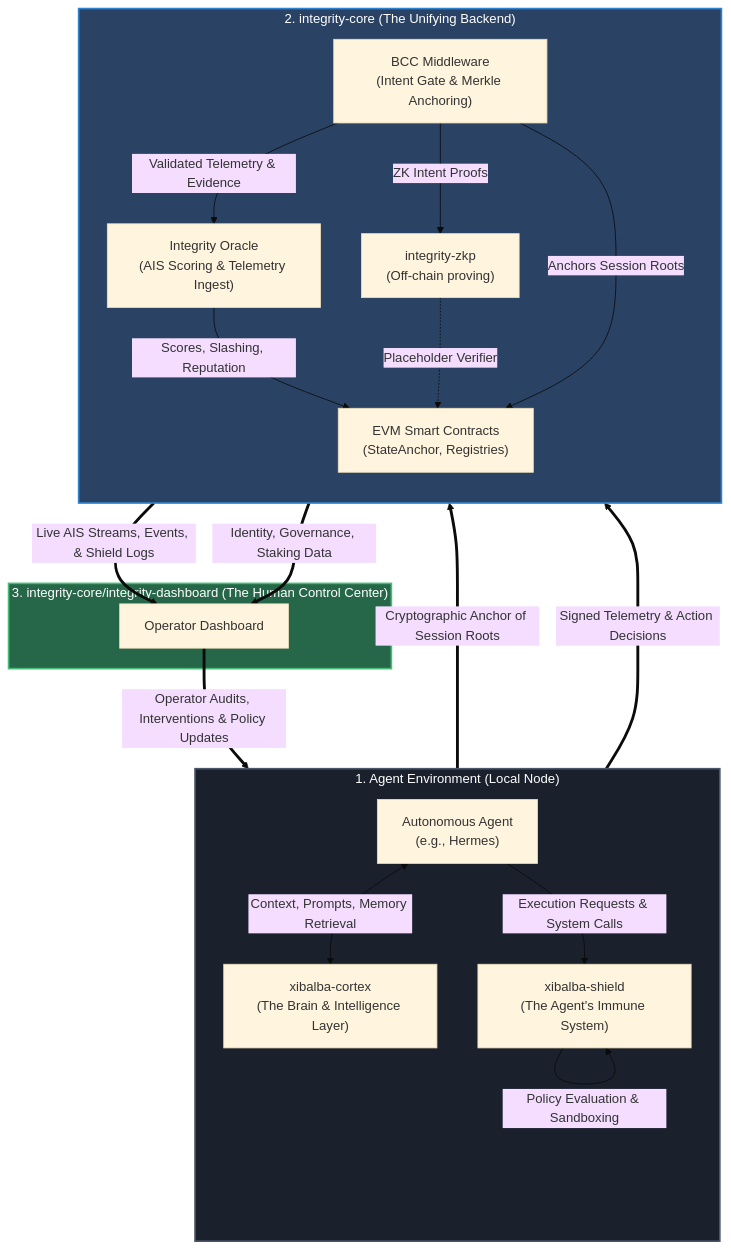
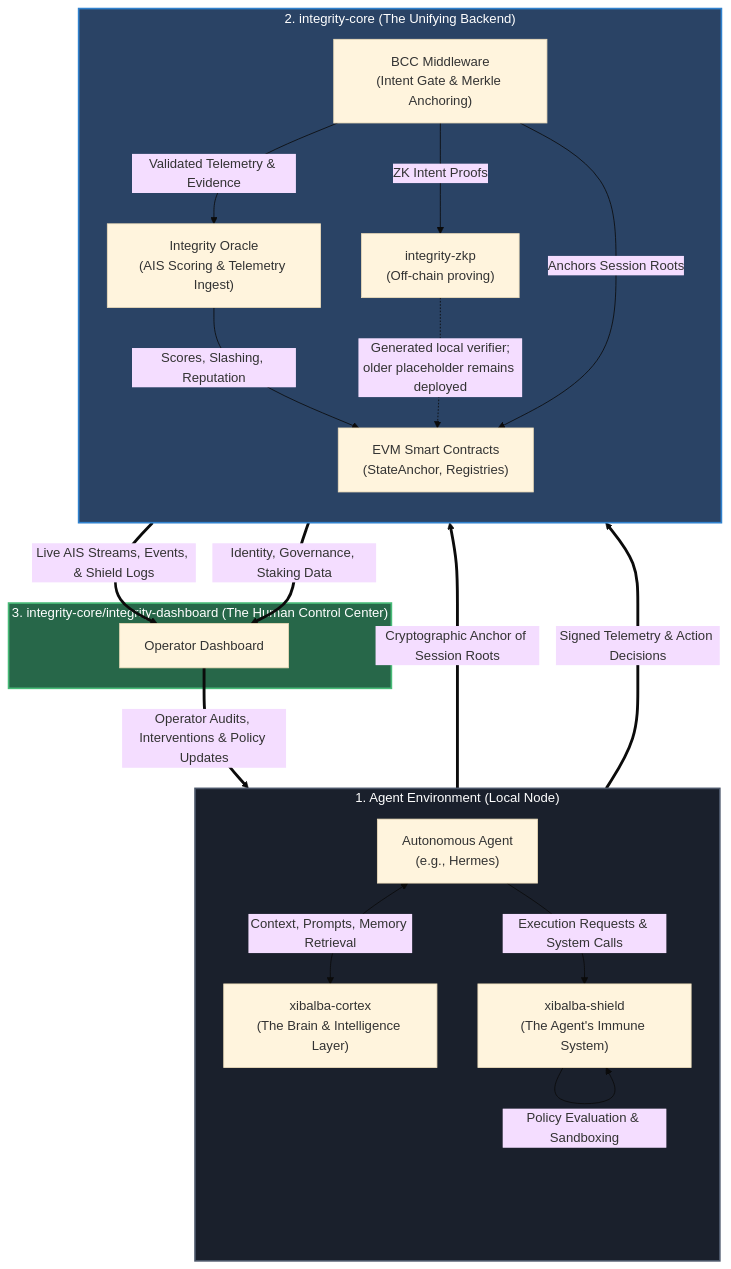
The first of 2 diagrams in SPECIFICATION.md (XibalbaTechSol/integrity-core), drawn with Mermaid (base theme) before and after one commit. The commit also changed other lines of this file and 43 other files, not shown here.

````diff
--- a/SPECIFICATION.md
+++ b/SPECIFICATION.md
@@ -37,47 +39,47 @@
 ```mermaid
 flowchart TD
     subgraph AgentEnvironment["1. Agent Environment (Local Node)"]
         direction TB
         Agent["Autonomous Agent<br/>(e.g., Hermes)"]
         Memory["xibalba-cortex<br/>(The Brain & Intelligence Layer)"]
         Shield["xibalba-shield<br/>(The Agent's Immune System)"]
 
         Agent <-->|Context, Prompts, Memory Retrieval| Memory
         Agent -->|Execution Requests & System Calls| Shield
         Shield -->|Policy Evaluation & Sandboxing| Shield
     end
 
     subgraph ProtocolLayer["2. integrity-core (The Unifying Backend)"]
         direction TB
         BCC["BCC Middleware<br/>(Intent Gate & Merkle Anchoring)"]
         Oracle["Integrity Oracle<br/>(AIS Scoring & Telemetry Ingest)"]
         Chain["EVM Smart Contracts<br/>(StateAnchor, Registries)"]
         ZK["integrity-zkp<br/>(Off-chain proving)"]
 
         BCC -->|Validated Telemetry & Evidence| Oracle
         Oracle -->|Scores, Slashing, Reputation| Chain
         BCC -->|ZK Intent Proofs| ZK
-        ZK -.->|Placeholder Verifier| Chain
+        ZK -.->|Generated local verifier;<br/>older placeholder remains deployed| Chain
         BCC -->|Anchors Session Roots| Chain
     end
 
     subgraph PresentationLayer["3. integrity-core/integrity-dashboard (The Human Control Center)"]
         MVP["Operator Dashboard"]
     end
 
     %% The Closed Loop Connections
     Memory ==>|Cryptographic Anchor of Session Roots| BCC
     Shield ==>|Signed Telemetry & Action Decisions| BCC
 
     Oracle ==>|Live AIS Streams, Events, & Shield Logs| MVP
     Chain ==>|Identity, Governance, Staking Data| MVP
     MVP ==>|Operator Audits, Interventions & Policy Updates| Agent
 
     classDef env fill:#1a202c,stroke:#4a5568,stroke-width:2px,color:#fff
     classDef core fill:#2a4365,stroke:#3182ce,stroke-width:2px,color:#fff
     classDef ui fill:#276749,stroke:#48bb78,stroke-width:2px,color:#fff
 
     class AgentEnvironment env
     class ProtocolLayer core
     class PresentationLayer ui
 ```
````
